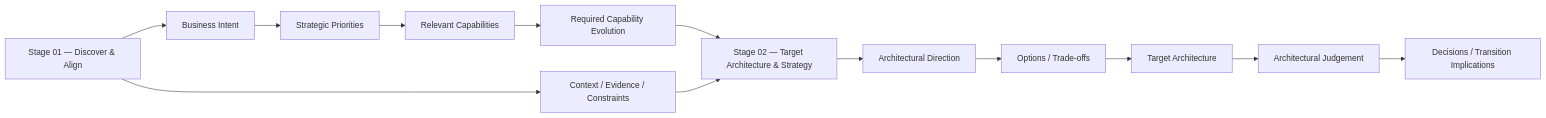
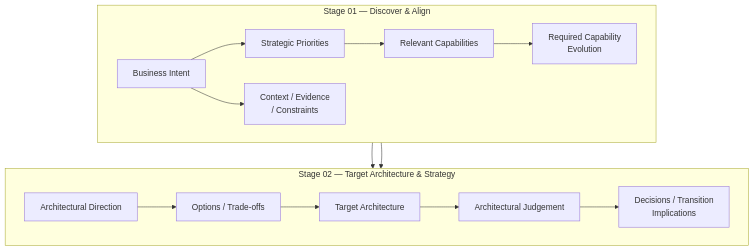
Diagram 12 of 16 in docs/sop/02-target-architecture.md (avfranco-br/portfolio), drawn with Mermaid before and after one commit. The commit also changed other lines of this file and 10 other files, not shown here.

Commit message:
Refactor Mermaid diagrams across SOP and methods documentation for legibility

````diff
--- a/docs/sop/02-target-architecture.md
+++ b/docs/sop/02-target-architecture.md
@@ -1504,27 +1532,20 @@
 ```mermaid
-flowchart LR
-    A["Stage 01 — Discover & Align"]
-    B["Business Intent"]
-    C["Strategic Priorities"]
-    D["Relevant Capabilities"]
-    E["Required Capability Evolution"]
-    F["Context / Evidence / Constraints"]
-    G["Stage 02 — Target Architecture & Strategy"]
-    H["Architectural Direction"]
-    I["Options / Trade-offs"]
-    J["Target Architecture"]
-    K["Architectural Judgement"]
-    L["Decisions / Transition Implications"]
-    A --> B
-    B --> C
-    C --> D
-    D --> E
-    A --> F
-    E --> G
-    F --> G
-    G --> H
-    H --> I
-    I --> J
-    J --> K
-    K --> L
+flowchart TD
+    subgraph Stage01["Stage 01 — Discover & Align"]
+        direction LR
+        A["Business Intent"] --> B["Strategic Priorities"]
+        B --> C["Relevant Capabilities"] --> D["Required Capability<br/>Evolution"]
+        A --> F["Context / Evidence<br/>/ Constraints"]
+    end
+
+    subgraph Stage02["Stage 02 — Target Architecture & Strategy"]
+        direction LR
+        H["Architectural Direction"] --> I["Options / Trade-offs"]
+        I --> J["Target Architecture"]
+        J --> K["Architectural Judgement"]
+        K --> L["Decisions / Transition<br/>Implications"]
+    end
+
+    D --> H
+    F --> H
 ```
````
